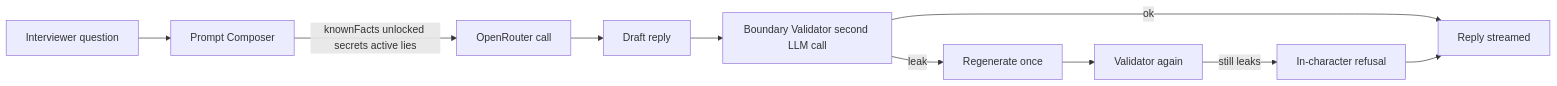
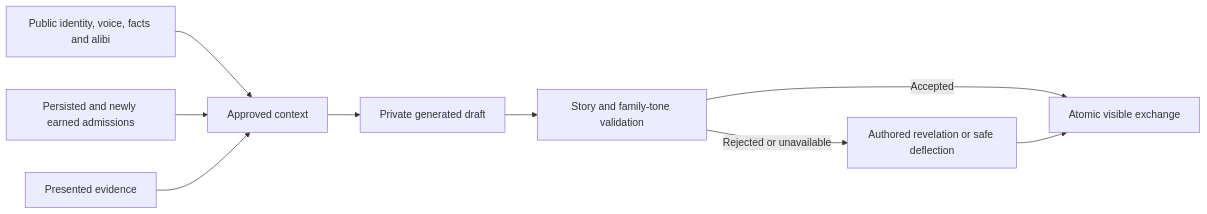
Before and after one commit to shashankraider/PartyGame: the third of 4 diagrams in docs/ARCHITECTURE.md, drawn with Mermaid. The commit also changed other lines of this file and 164 other files, not shown here.

````diff
--- a/docs/ARCHITECTURE.md
+++ b/docs/ARCHITECTURE.md
@@ -419,12 +105,11 @@
 ```mermaid
 flowchart LR
-    Q[Interviewer question] --> Compose[Prompt Composer]
-    Compose -->|knownFacts unlocked secrets active lies| OR[OpenRouter call]
-    OR --> Draft[Draft reply]
-    Draft --> Validator[Boundary Validator second LLM call]
-    Validator -->|ok| Reply[Reply streamed]
-    Validator -->|leak| Retry[Regenerate once]
-    Retry --> ValidatorRetry[Validator again]
-    ValidatorRetry -->|still leaks| Fallback[In-character refusal]
-    Fallback --> Reply
+  Public[Public identity, voice, facts and alibi] --> Prompt[Approved context]
+  Admitted[Persisted and newly earned admissions] --> Prompt
+  Evidence[Presented evidence] --> Prompt
+  Prompt --> Draft[Private generated draft]
+  Draft --> Check[Story and family-tone validation]
+  Check -->|Accepted| Commit[Atomic visible exchange]
+  Check -->|Rejected or unavailable| Safe[Authored revelation or safe deflection]
+  Safe --> Commit
 ```
````
